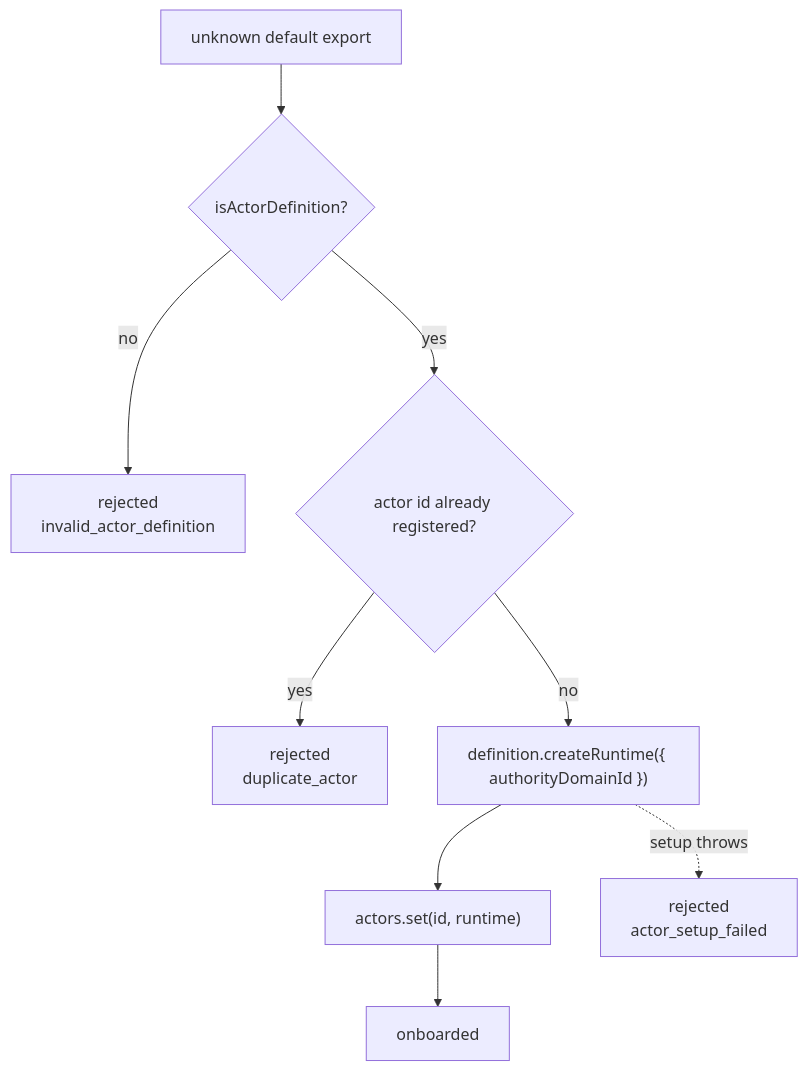
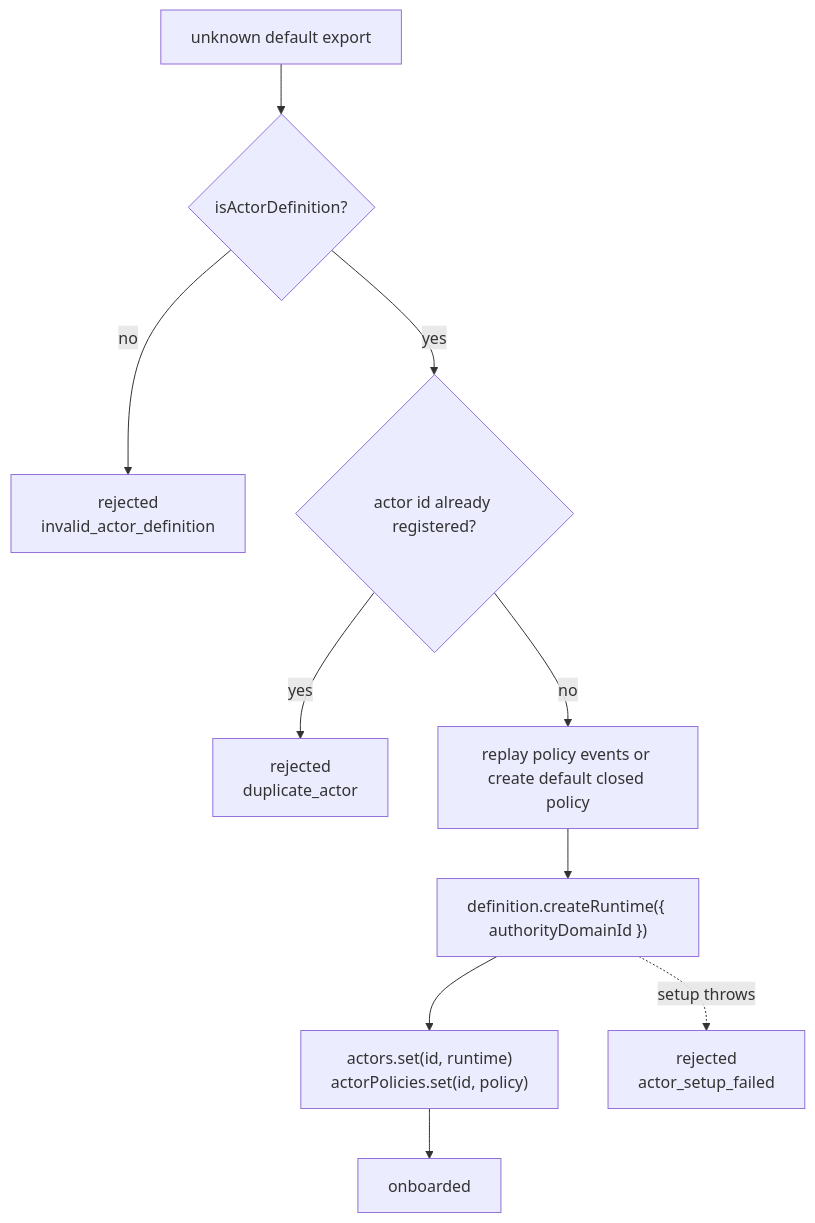
One commit to plaited/plaited changed the seventh of 10 diagrams in docs/ACTOR-RUNTIME.md. Above: the diagram before and after it, drawn with Mermaid. The commit also changed other lines of this file and 5 other files, not shown here.

Commit message:
feat(behavioral): add actor policy ledger replay

````diff
--- a/docs/ACTOR-RUNTIME.md
+++ b/docs/ACTOR-RUNTIME.md
@@ -202,11 +242,12 @@
 ```mermaid
 flowchart TD
   Input["unknown default export"] --> Check{"isActorDefinition?"}
   Check -- no --> Invalid["rejected\ninvalid_actor_definition"]
   Check -- yes --> Duplicate{"actor id already registered?"}
   Duplicate -- yes --> Dup["rejected\nduplicate_actor"]
-  Duplicate -- no --> Create["definition.createRuntime({ authorityDomainId })"]
-  Create --> Registry["actors.set(id, runtime)"]
+  Duplicate -- no --> Policy["replay policy events or create default closed policy"]
+  Policy --> Create["definition.createRuntime({ authorityDomainId })"]
+  Create --> Registry["actors.set(id, runtime)\nactorPolicies.set(id, policy)"]
   Registry --> Onboarded["onboarded"]
   Create -. setup throws .-> SetupFailed["rejected\nactor_setup_failed"]
 ```
````
